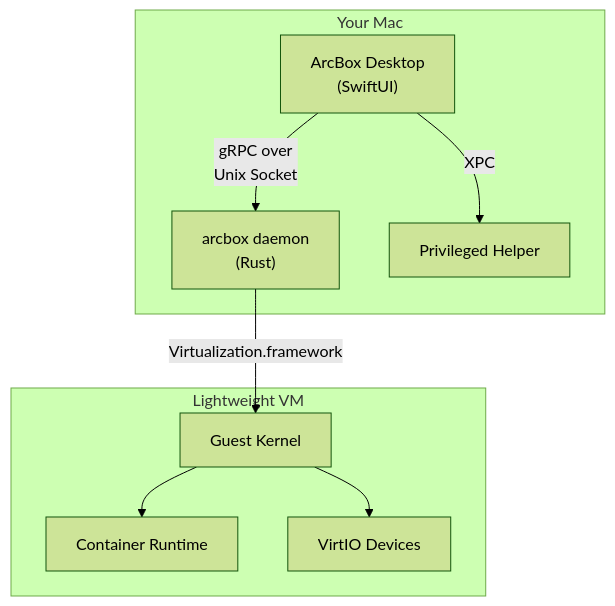
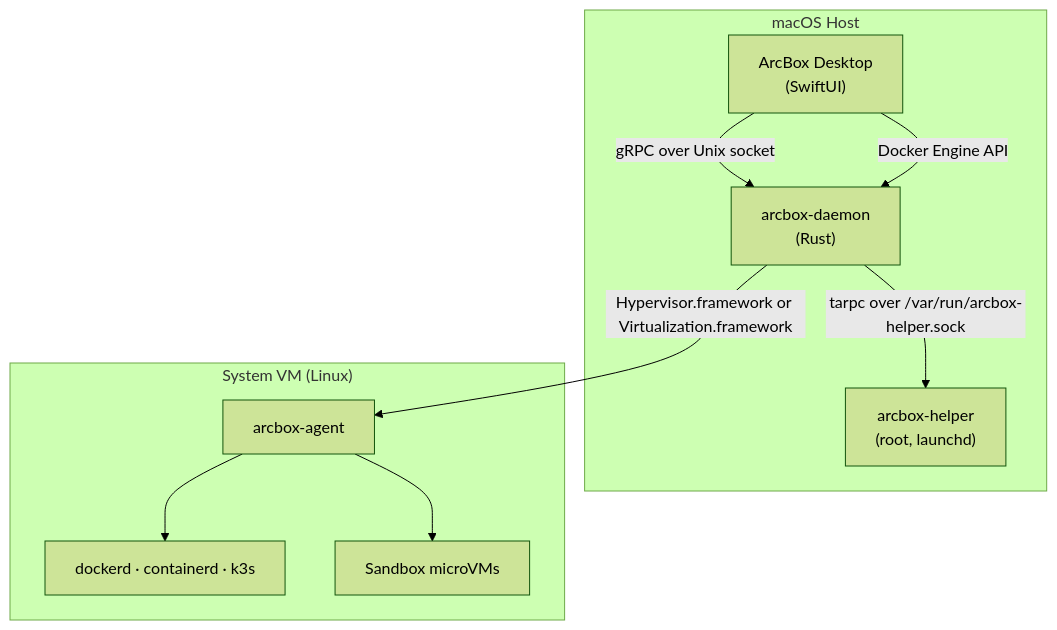
The first of 2 diagrams in content/docs/desktop/architecture.mdx (arcboxlabs/websites), drawn with Mermaid (forest theme) before and after one commit. The commit also changed other lines of this file and 39 other files, not shown here.

````diff
--- a/content/docs/desktop/architecture.mdx
+++ b/content/docs/desktop/architecture.mdx
@@ -10,19 +11,20 @@
 ```mermaid
 graph TD
-    subgraph "Your Mac"
+    subgraph "macOS Host"
         A["ArcBox Desktop<br/>(SwiftUI)"]
-        B["arcbox daemon<br/>(Rust)"]
-        C["Privileged Helper"]
+        B["arcbox-daemon<br/>(Rust)"]
+        C["arcbox-helper<br/>(root, launchd)"]
     end
-    subgraph "Lightweight VM"
-        D["Container Runtime"]
-        E["Guest Kernel"]
-        F["VirtIO Devices"]
+    subgraph "System VM (Linux)"
+        D["arcbox-agent"]
+        E["dockerd · containerd · k3s"]
+        F["Sandbox microVMs"]
     end
 
-    A -- "gRPC over<br/>Unix Socket" --> B
-    A -- "XPC" --> C
-    B -- "Virtualization.framework" --> E
-    E --> D
-    E --> F
+    A -- "gRPC over Unix socket" --> B
+    A -- "Docker Engine API" --> B
+    B -- "tarpc over /var/run/arcbox-helper.sock" --> C
+    B -- "Hypervisor.framework or Virtualization.framework" --> D
+    D --> E
+    D --> F
 ```
````
